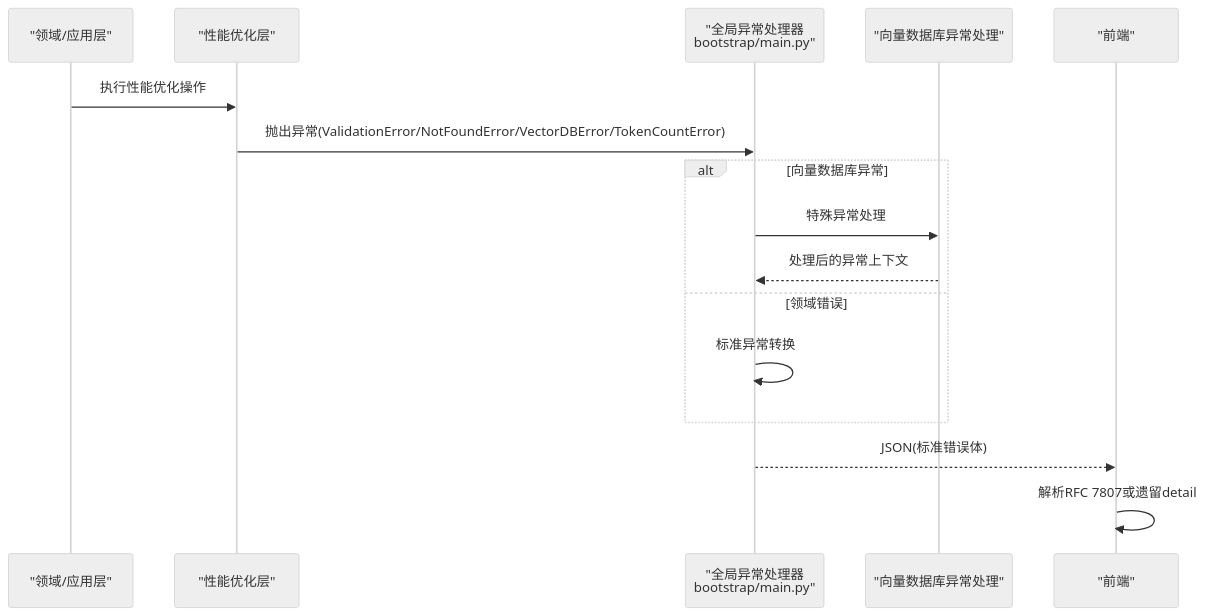
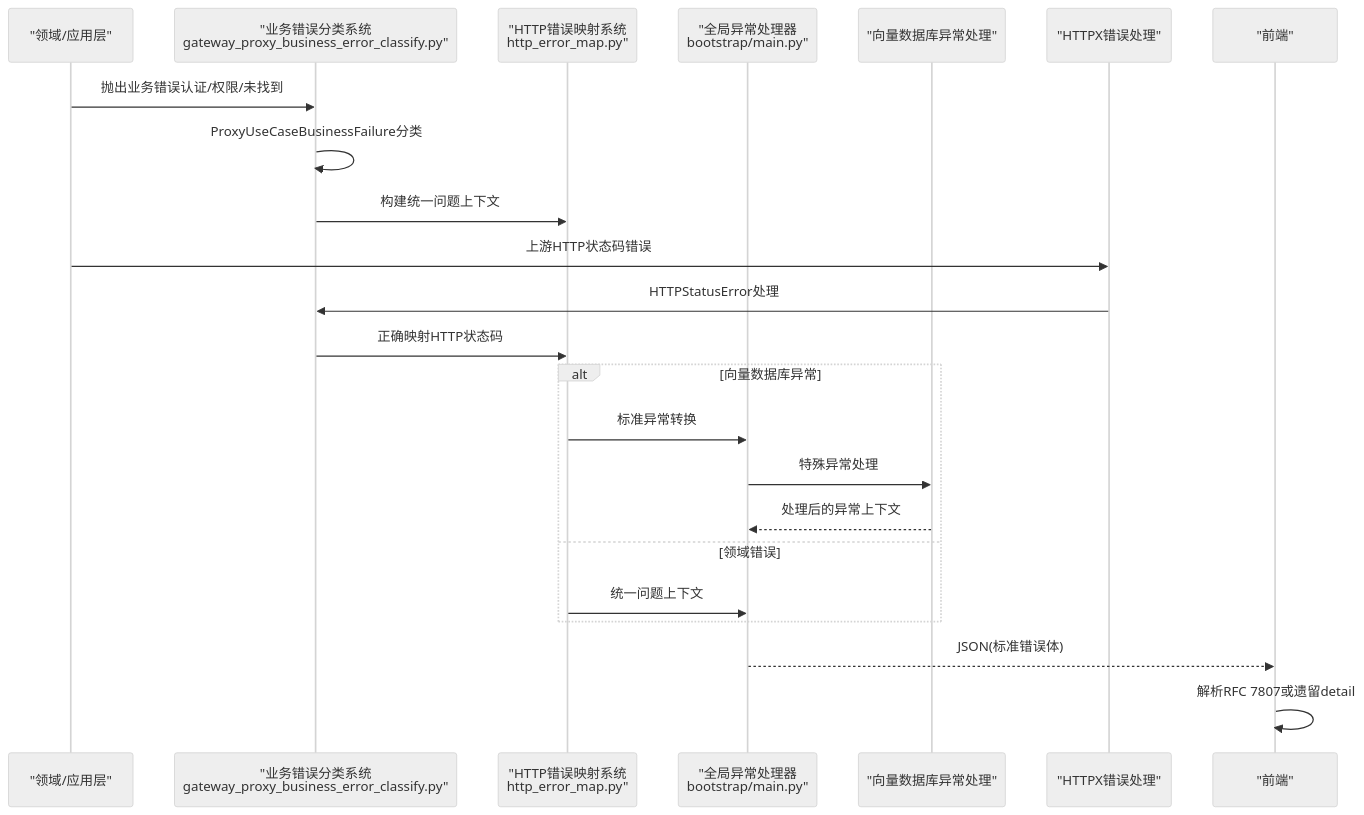
Before and after one commit to tianyehedashu/ai-agent: the second of 9 diagrams in .qoder/repowiki/zh/content/后端服务架构/基础设施层/异常处理机制.md, drawn with Mermaid (neutral theme). The commit also changed other lines of this file and 50 other files, not shown here.

````diff
--- a/.qoder/repowiki/zh/content/后端服务架构/基础设施层/异常处理机制.md
+++ b/.qoder/repowiki/zh/content/后端服务架构/基础设施层/异常处理机制.md
@@ -123,18 +144,25 @@
 ```mermaid
 sequenceDiagram
 participant Domain as "领域/应用层"
-participant Perf as "性能优化层"
+participant BizClassify as "业务错误分类系统<br/>gateway_proxy_business_error_classify.py"
+participant Mapping as "HTTP错误映射系统<br/>http_error_map.py"
 participant Handler as "全局异常处理器<br/>bootstrap/main.py"
 participant Vector as "向量数据库异常处理"
+participant HTTPX as "HTTPX错误处理"
 participant Client as "前端"
-Domain->>Perf : 执行性能优化操作
-Perf->>Handler : 抛出异常(ValidationError/NotFoundError/VectorDBError/TokenCountError)
+Domain->>BizClassify : 抛出业务错误认证/权限/未找到
+BizClassify->>BizClassify : ProxyUseCaseBusinessFailure分类
+BizClassify->>Mapping : 构建统一问题上下文
+Domain->>HTTPX : 上游HTTP状态码错误
+HTTPX->>BizClassify : HTTPStatusError处理
+BizClassify->>Mapping : 正确映射HTTP状态码
 alt 向量数据库异常
+Mapping->>Handler : 标准异常转换
 Handler->>Vector : 特殊异常处理
 Vector-->>Handler : 处理后的异常上下文
 else 领域错误
-Handler->>Handler : 标准异常转换
+Mapping->>Handler : 统一问题上下文
 end
 Handler-->>Client : JSON(标准错误体)
 Client->>Client : 解析RFC 7807或遗留detail
 ```
````
